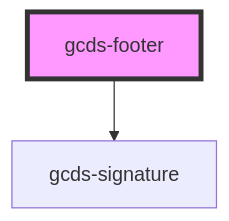
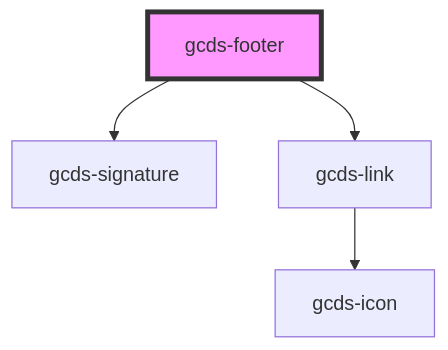
Before and after one commit to cds-snc/gcds-components: the diagram in packages/web/src/components/gcds-footer/readme.md, drawn with Mermaid. The commit also changed other lines of this file and 4 other files, not shown here.

Commit message:
refactor: integrate gcds-link into gcds-footer

````diff
--- a/packages/web/src/components/gcds-footer/readme.md
+++ b/packages/web/src/components/gcds-footer/readme.md
@@ -26,5 +27,7 @@
 ```mermaid
 graph TD;
   gcds-footer --> gcds-signature
+  gcds-footer --> gcds-link
+  gcds-link --> gcds-icon
   style gcds-footer fill:#f9f,stroke:#333,stroke-width:4px
 ```
````
